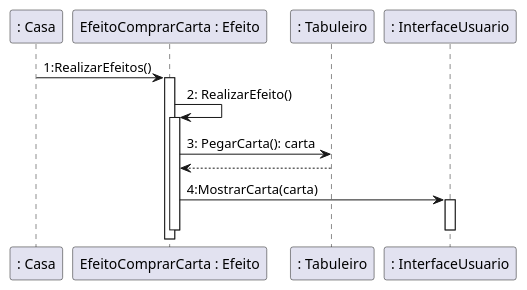
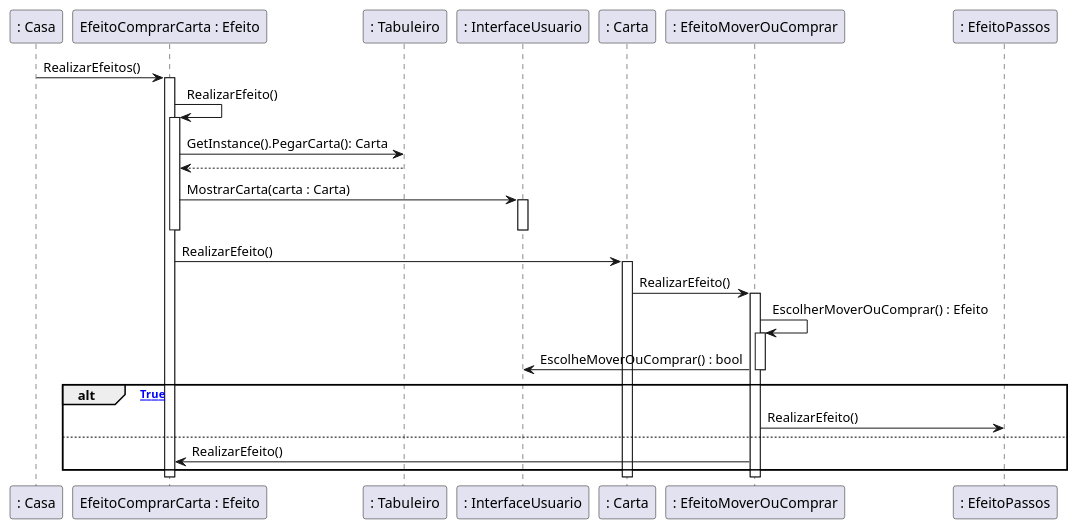
One commit to rogerpcto/ProjetoDeSoftware-UFF changed the diagram in Documentação/diagrama-de-sequencia-Realiza-Efeito-Carta.plantuml. Above: the diagram before and after it, drawn with PlantUML. The commit also changed 7 other files, not shown here.

Commit message:
Corrige diagramas de sequência

```diff
--- a/Documentação/diagrama-de-sequencia-Realiza-Efeito-Carta.plantuml
+++ b/Documentação/diagrama-de-sequencia-Realiza-Efeito-Carta.plantuml
@@ -1,16 +1,33 @@
 @startuml 
 
-": Casa" as Casa -> "EfeitoComprarCarta : Efeito" as ECC : 1:RealizarEfeitos()
+": Casa" as Casa -> "EfeitoComprarCarta : Efeito" as ECC : RealizarEfeitos()
 activate ECC
 
- ECC -> ECC : 2: RealizarEfeito()
+ ECC -> ECC : RealizarEfeito()
  activate ECC
- ECC -> ": Tabuleiro" as Tab: 3: PegarCarta(): carta
+ ECC -> ": Tabuleiro" as Tab: GetInstance().PegarCarta(): Carta
  ECC <--Tab
 
- ECC -> ": InterfaceUsuario" as GUI : 4:MostrarCarta(carta)
+ ECC -> ": InterfaceUsuario" as GUI : MostrarCarta(carta : Carta)
  activate GUI
  deactivate GUI
  deactivate ECC
- 
+
+ECC -> ": Carta" as Carta :  RealizarEfeito()
+activate Carta
+Carta -> ": EfeitoMoverOuComprar" as EfeitoMC: RealizarEfeito()
+activate EfeitoMC
+EfeitoMC -> EfeitoMC: EscolherMoverOuComprar() : Efeito
+activate EfeitoMC
+EfeitoMC -> GUI : EscolheMoverOuComprar() : bool
+deactivate EfeitoMC
+alt [retorno True]
+EfeitoMC -> ": EfeitoPassos" as EfeitoM : RealizarEfeito()
+else
+EfeitoMC -> ECC : RealizarEfeito()
+end [retorno True]
+deactivate EfeitoMC
+deactivate Carta
+
+deactivate ECC
 @enduml
```
